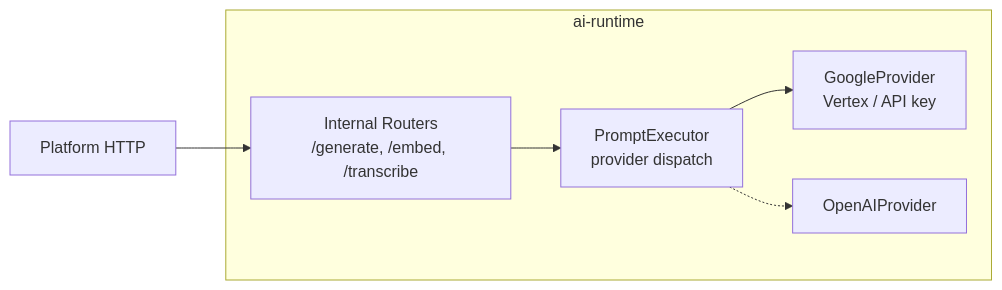
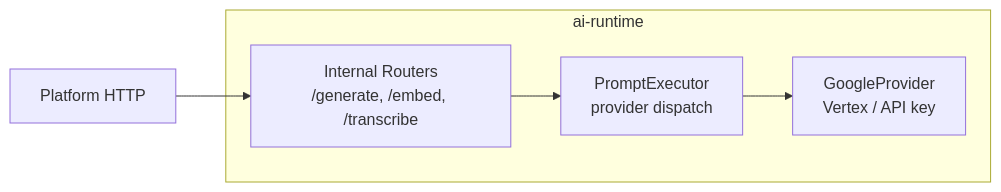
Before and after one commit to sanket04-beehyv/spice-coaching: the fourth of 11 diagrams in docs/ARCHITECTURE.md, drawn with Mermaid. The commit also changed other lines of this file and 501 other files, not shown here.

````diff
--- a/docs/ARCHITECTURE.md
+++ b/docs/ARCHITECTURE.md
@@ -290,13 +287,11 @@
 ```mermaid
 graph LR
     subgraph "ai-runtime"
         Router["Internal Routers\n/generate, /embed, /transcribe"]
         Exec["PromptExecutor\nprovider dispatch"]
         Google["GoogleProvider\nVertex / API key"]
-        OpenAI["OpenAIProvider"]
     end
 
     HTTP["Platform HTTP"] --> Router --> Exec
     Exec --> Google
-    Exec -.-> OpenAI
 ```
````
